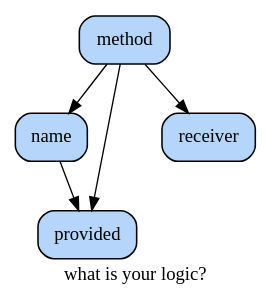
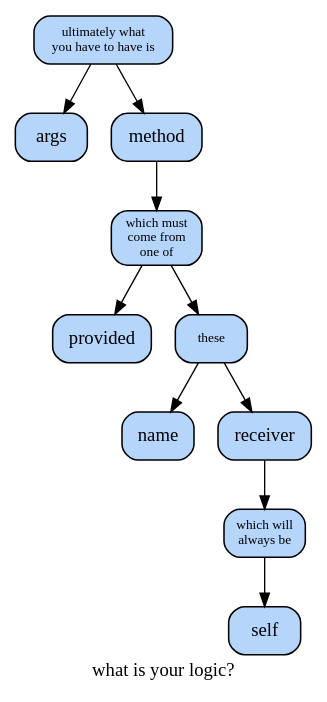
The diagram in lib/skylab/headless/doc/logix.dot (hipe/tmx), drawn with Graphviz before and after one commit.

Commit message:
[#logix] - that was amusing, i hand wrote most of it..
  + which was good, because i amd using it to fix borked everything,
      which is currently stashed, but for which i need to use this graph haha

```diff
--- a/lib/skylab/headless/doc/logix.dot
+++ b/lib/skylab/headless/doc/logix.dot
@@ -1,31 +1,42 @@
 # created by tan-man on 2013-02-02 08:00:09 UTC
 
 digraph {
 
 /*
   example stmt_list:
     foo -> bar
     biff -> baz
 
   example node_stmt:
     learn_c [label="learn C somehow"]
 */
 
 label="what is your logic?"
 
 #                 blue : fillcolor="#b5d5fb"
 #             finished : green
 #                green : fillcolor="#79f233"
 
 
 node [label="\N", style="filled", fillcolor="#b5d5fb", fontname="Futura", penwidth="1.1566", shape="Mrecord"]
 
+args [label=args]
 method [label=method]
-name [label=name]
-provided [label=provided]
+method_must_come_from_one_of [label="which must\ncome from\none of", fontsize="10pt"]
+method_name [label=name]
+method_provided [label="provided"]
+method_these [label="these", fontsize="10pt"]
+ultimately [label="ultimately what\nyou have to have is", fontsize="10pt"]
+receiver [label="receiver"]
+receiver_must_come_from_one_of [label="which will\nalways be", fontsize="10pt"]
 receiver [label=receiver]
-method -> name
-method -> provided
-method -> receiver
-name -> provided
+method -> method_must_come_from_one_of
+method_must_come_from_one_of -> method_provided
+method_must_come_from_one_of -> method_these
+method_these -> method_name
+method_these -> receiver
+receiver -> receiver_must_come_from_one_of
+receiver_must_come_from_one_of -> self
+ultimately -> args
+ultimately -> method
 }
```
